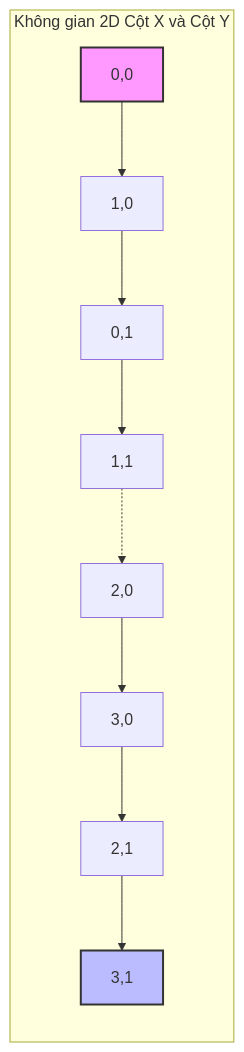
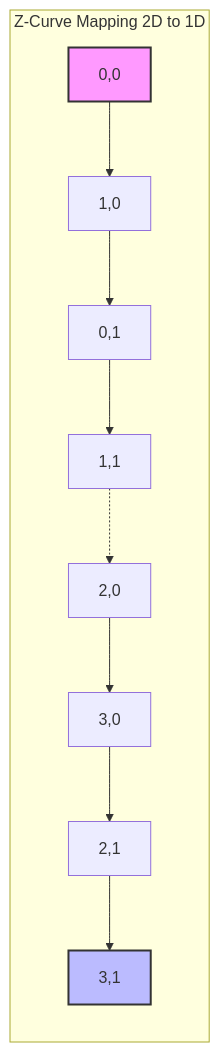
Before and after one commit to kythuatdulieu/kythuatdulieu.github.io: the diagram in src/content/docs/concepts/3-storage-engines-formats/z-order-deep-dive.md, drawn with Mermaid. The commit also changed other lines of this file and 2 other files, not shown here.

````diff
--- a/src/content/docs/concepts/3-storage-engines-formats/z-order-deep-dive.md
+++ b/src/content/docs/concepts/3-storage-engines-formats/z-order-deep-dive.md
@@ -54,17 +37,17 @@
 ```mermaid
 graph TD
-    subgraph space2d [Không gian 2D Cột X và Cột Y]
+    subgraph space2d [Z-Curve Mapping 2D to 1D]
     direction TB
     A[0,0] --> B[1,0]
     B --> C[0,1]
     C --> D[1,1]
     
     D -.-> E[2,0]
     E --> F[3,0]
     F --> G[2,1]
     G --> H[3,1]
     end
     
     style A fill:#f9f,stroke:#333,stroke-width:2px
     style H fill:#bbf,stroke:#333,stroke-width:2px
 ```
````
